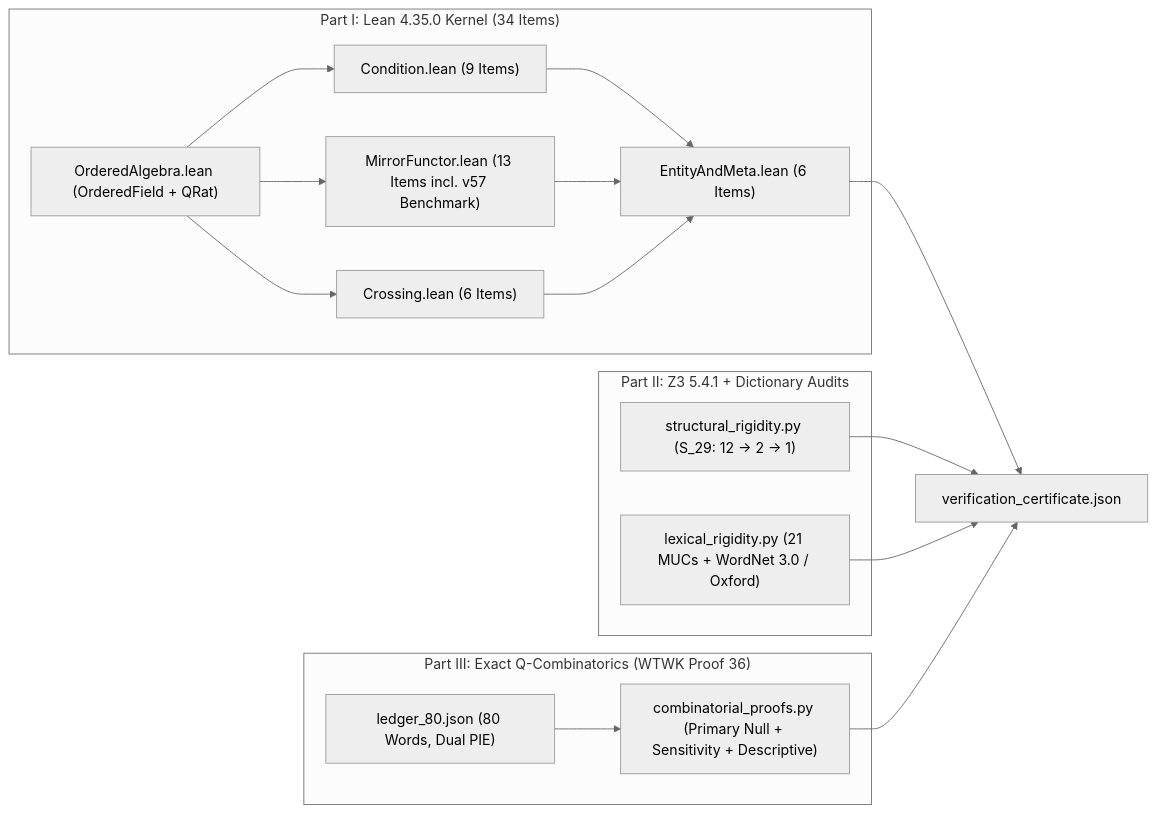
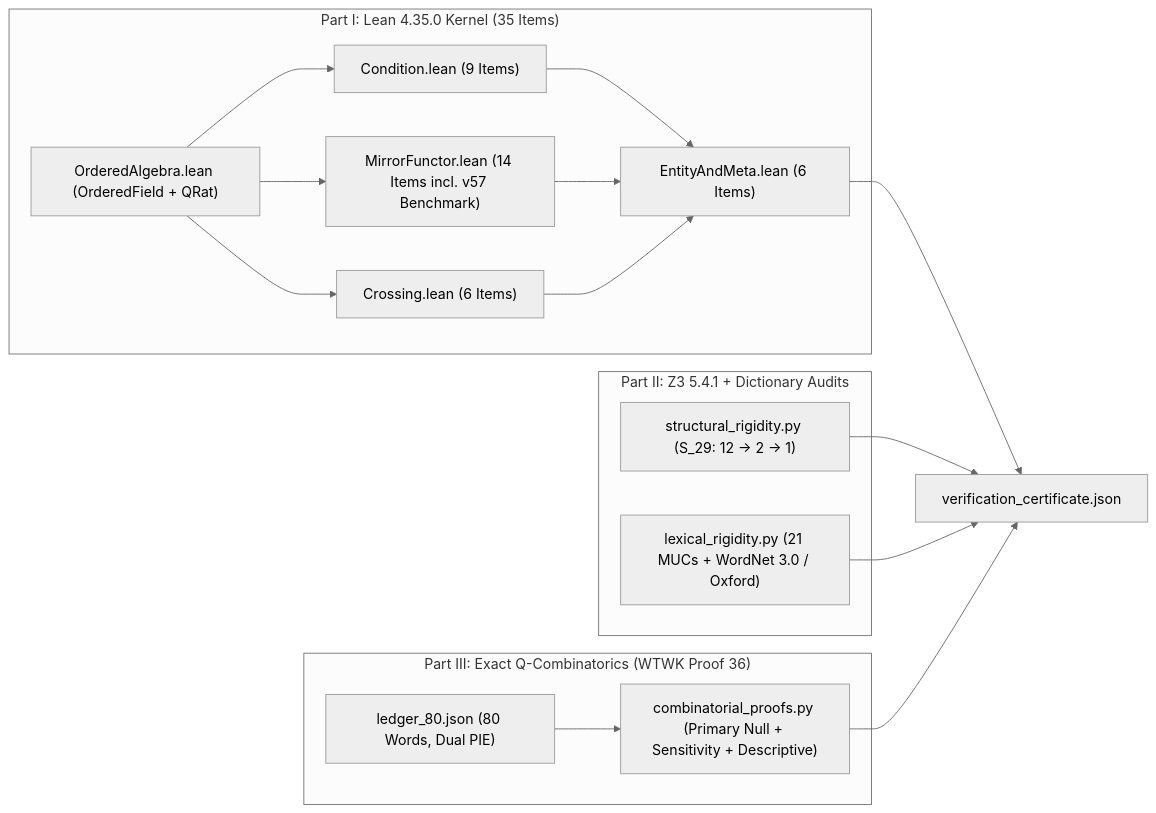
One commit to njfio/tsr changed the diagram in proof/PROOF.md. Above: the diagram before and after it, drawn with Mermaid (neutral theme). The commit also changed other lines of this file and 3 other files, not shown here.

Commit message:
Part 0: Add constant Keep/Invert baselines and 17-row provenance to Lean and PROOF.md

````diff
--- a/proof/PROOF.md
+++ b/proof/PROOF.md
@@ -34,21 +34,21 @@
 ```mermaid
 flowchart LR
-    subgraph P1["Part I: Lean 4.35.0 Kernel (34 Items)"]
+    subgraph P1["Part I: Lean 4.35.0 Kernel (35 Items)"]
         OA["OrderedAlgebra.lean (OrderedField + QRat)"]
         C1["Condition.lean (9 Items)"]
-        C2["MirrorFunctor.lean (13 Items incl. v57 Benchmark)"]
+        C2["MirrorFunctor.lean (14 Items incl. v57 Benchmark)"]
         C3["Crossing.lean (6 Items)"]
         C4["EntityAndMeta.lean (6 Items)"]
         OA --> C1 & C2 & C3 --> C4
     end
     subgraph P2["Part II: Z3 5.4.1 + Dictionary Audits"]
         Z1["structural_rigidity.py (S_29: 12 -> 2 -> 1)"]
         Z2["lexical_rigidity.py (21 MUCs + WordNet 3.0 / Oxford)"]
     end
     subgraph P3["Part III: Exact Q-Combinatorics (WTWK Proof 36)"]
         L80["ledger_80.json (80 Words, Dual PIE)"]
         E1["combinatorial_proofs.py (Primary Null + Sensitivity + Descriptive)"]
         L80 --> E1
     end
     C4 & Z1 & Z2 & E1 --> CERT["verification_certificate.json"]
 ```
````
